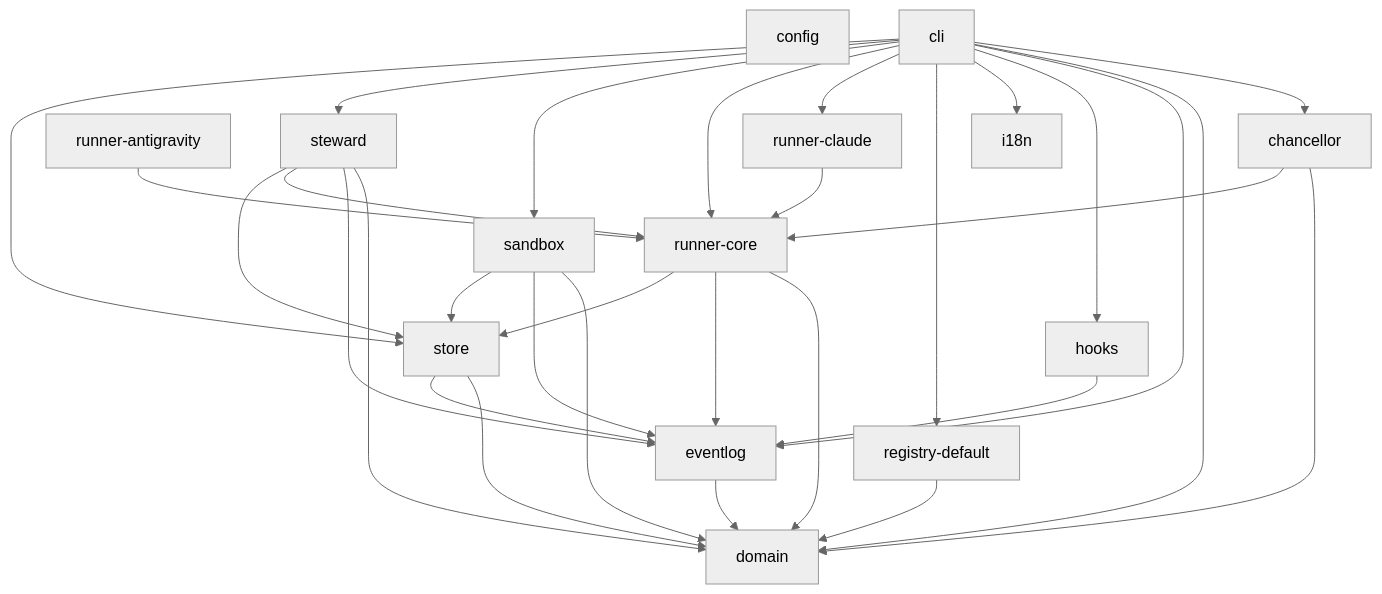
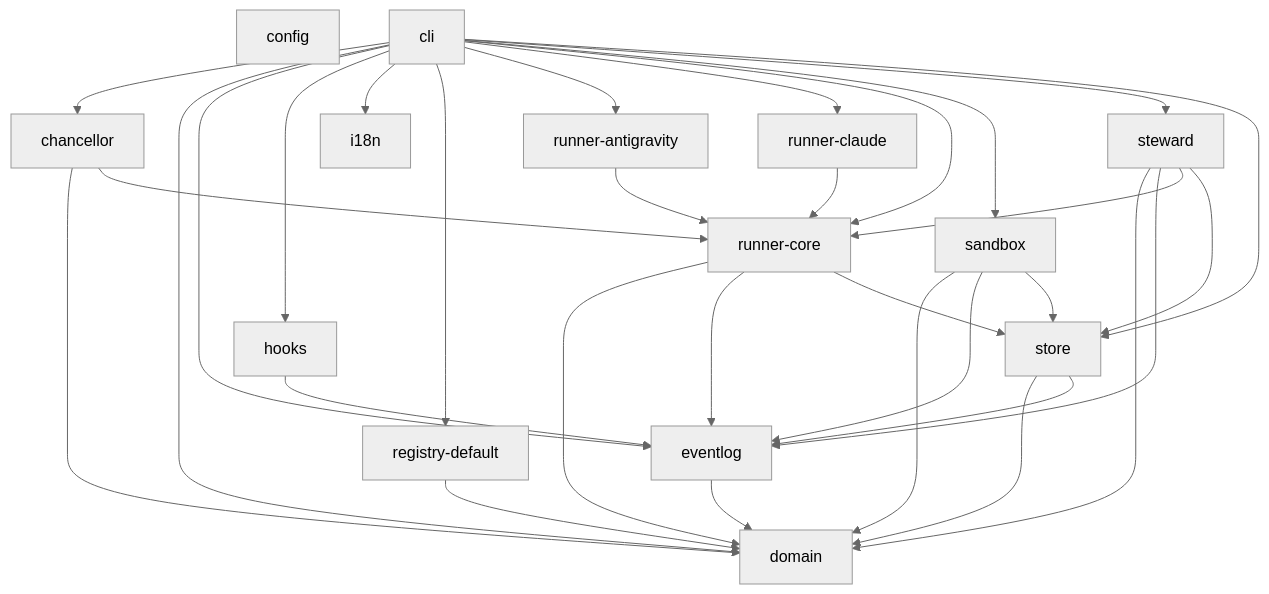
The diagram in docs/dependency-graph.md (thap-nv/the-world-of-elvaria), drawn with Mermaid (neutral theme) before and after one commit. The commit also changed other lines of this file and 30 other files, not shown here.

First line of the commit message:
feat(cli): run the Gemini tribe on Antigravity and bring older kingdoms up to date

````diff
--- a/docs/dependency-graph.md
+++ b/docs/dependency-graph.md
@@ -7,47 +7,48 @@
 ```mermaid
 flowchart TD
   config["config"]
   domain["domain"]
   store["store"]
   registry_default["registry-default"]
   runner_core["runner-core"]
   runner_claude["runner-claude"]
   runner_antigravity["runner-antigravity"]
   steward["steward"]
   chancellor["chancellor"]
   sandbox["sandbox"]
   eventlog["eventlog"]
   hooks["hooks"]
   i18n["i18n"]
   cli["cli"]
   store --> domain
   store --> eventlog
   registry_default --> domain
   runner_core --> domain
   runner_core --> eventlog
   runner_core --> store
   runner_claude --> runner_core
   runner_antigravity --> runner_core
   steward --> domain
   steward --> eventlog
   steward --> runner_core
   steward --> store
   chancellor --> domain
   chancellor --> runner_core
   sandbox --> domain
   sandbox --> eventlog
   sandbox --> store
   eventlog --> domain
   hooks --> eventlog
   cli --> chancellor
   cli --> domain
   cli --> eventlog
   cli --> hooks
   cli --> i18n
   cli --> registry_default
+  cli --> runner_antigravity
   cli --> runner_claude
   cli --> runner_core
   cli --> sandbox
   cli --> steward
   cli --> store
 ```
````
